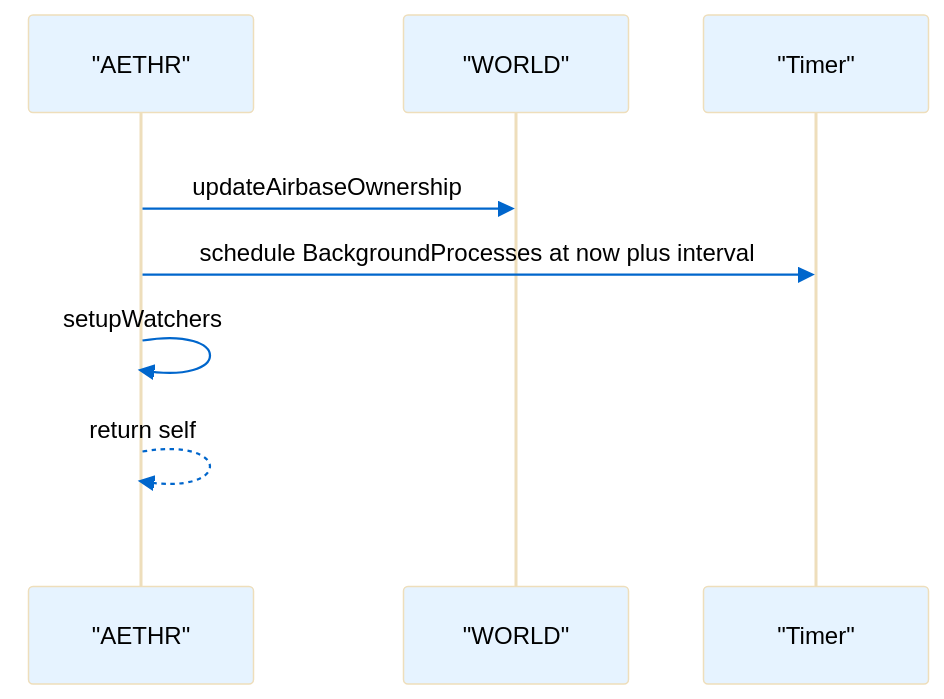
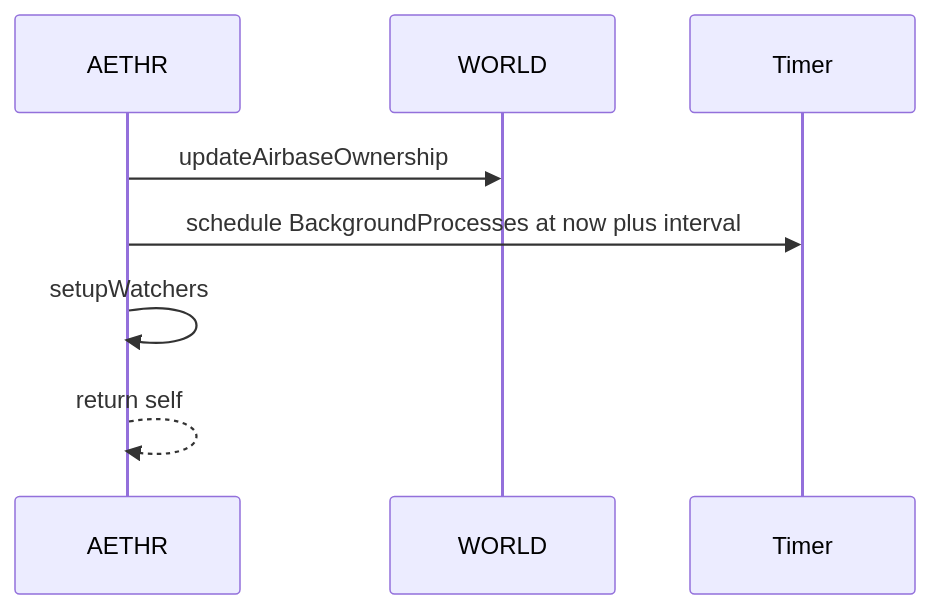
One commit to Gh0st352/AETHR changed the second of 3 diagrams in docs/aethr/startup_and_watchers.md. Above: the diagram before and after it, drawn with Mermaid. The commit also changed other lines of this file and 20 other files, not shown here.

First line of the commit message:
docs: unify mermaid themes and clarify module graphs

````diff
--- a/docs/aethr/startup_and_watchers.md
+++ b/docs/aethr/startup_and_watchers.md
@@ -58,14 +43,12 @@
 ```mermaid
-%%{init: {"theme":"base","themeVariables":{"actorBkg":"#e6f3ff","actorTextColor":"#000000ff","lineColor":"#495057","signalColor":"#0066cc","signalTextColor":"#000000ff","textColor":"#000000ff","fontSize":"14px"}}}%%
+%% shared theme: docs/_mermaid/theme.json %%
 sequenceDiagram
-  participant A as "AETHR"
-  participant W as "WORLD"
-  participant T as "Timer"
+  participant A as AETHR
+  participant W as WORLD
+  participant T as Timer
 
-  rect rgba(255,255,255,0.75)
-    A->>W: updateAirbaseOwnership
-    A->>T: schedule BackgroundProcesses at now plus interval
-    A->>A: setupWatchers
-    A-->>A: return self
-  end
+  A->>W: updateAirbaseOwnership
+  A->>T: schedule BackgroundProcesses at now plus interval
+  A->>A: setupWatchers
+  A-->>A: return self
 ```
````
